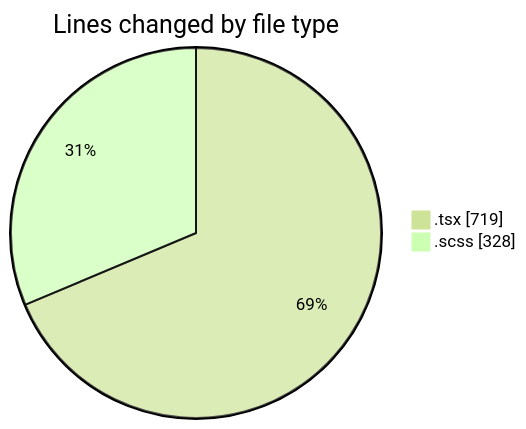
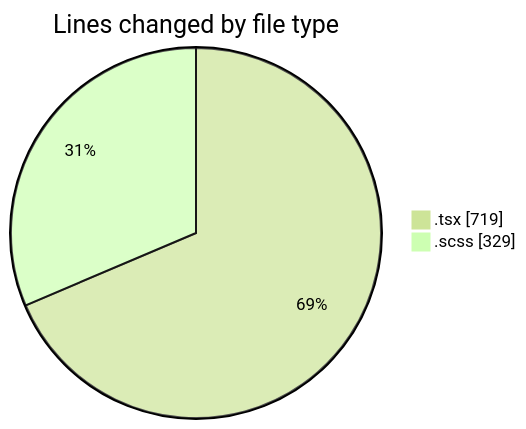
Before and after one commit to momahboobian/code-tracking: the first of 2 diagrams in 2025-10-06/cda/README.md, drawn with Mermaid (forest theme). The commit also changed other lines of this file and 1 other file, not shown here.

````diff
--- a/2025-10-06/cda/README.md
+++ b/2025-10-06/cda/README.md
@@ -23,6 +23,6 @@
 ```mermaid
 pie showData
 title Lines changed by file type
 ".tsx" : 719
-".scss" : 328
+".scss" : 329
 ```
````
